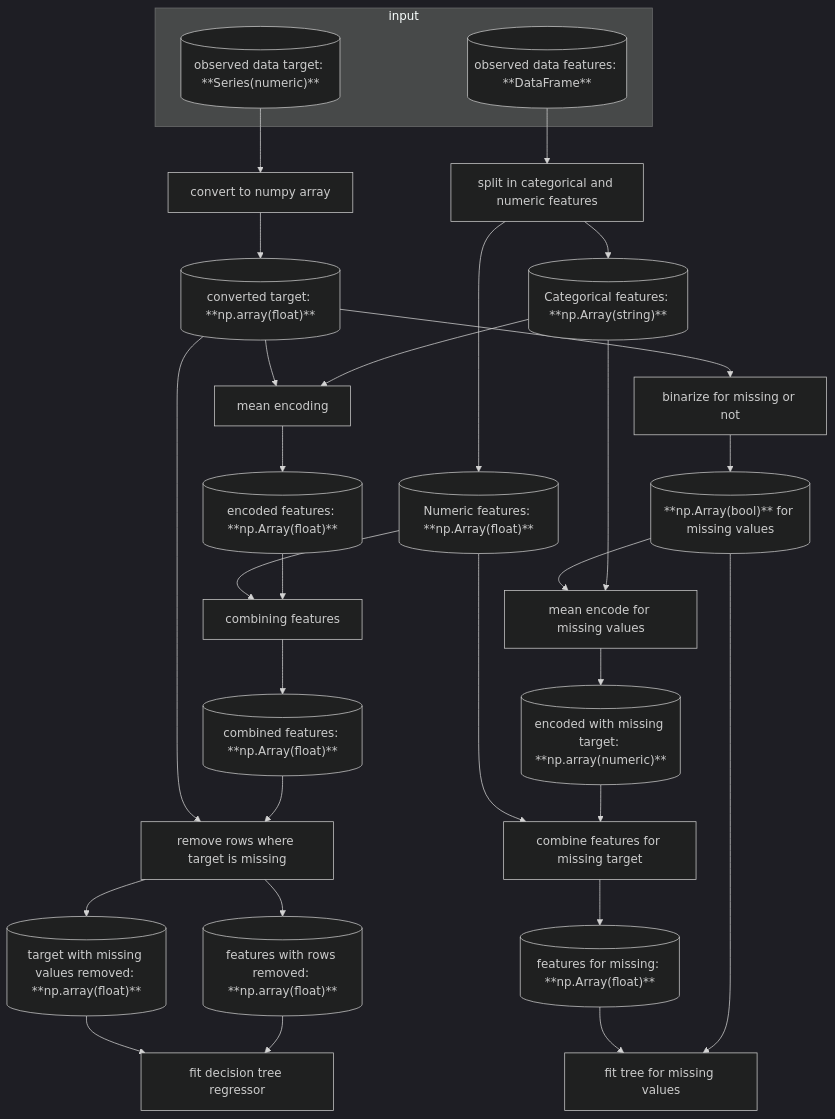
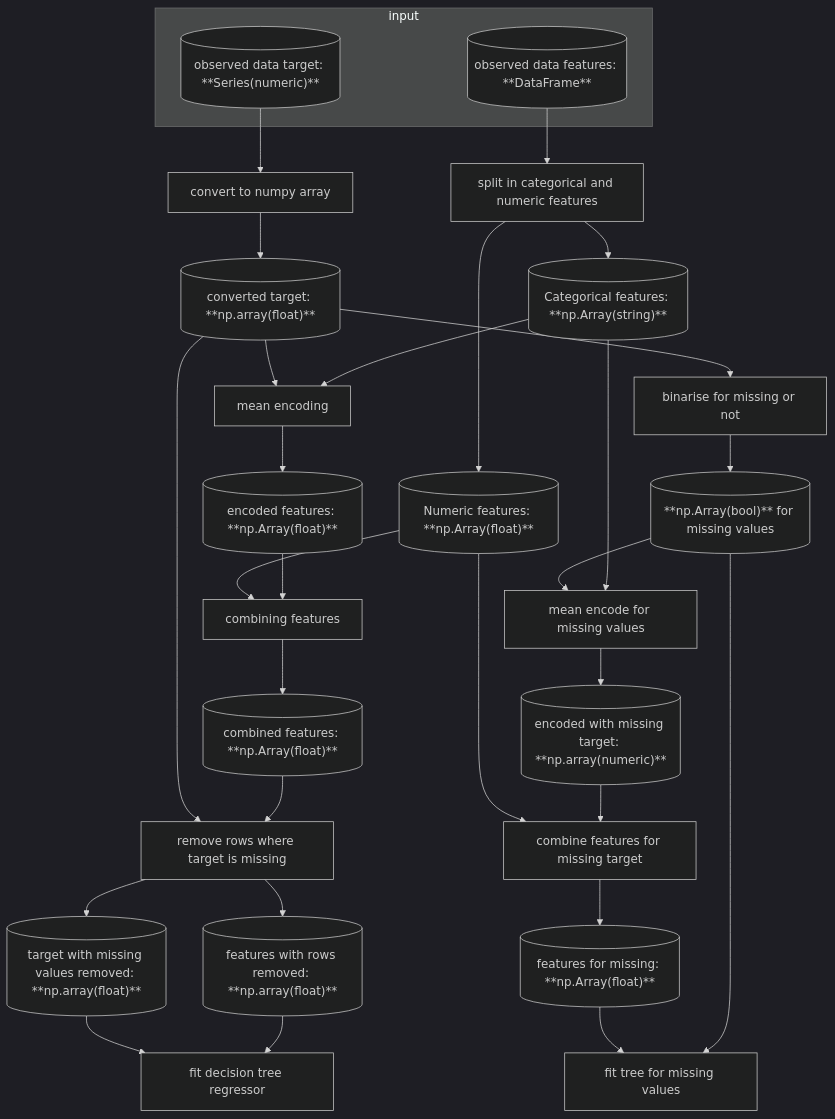
One commit to duonl/synthpop-py changed the second of 6 diagrams in docs/source/developer/dataflowdiagram.md. Above: the diagram before and after it, drawn with Mermaid (dark theme). The commit also changed 2 other files, not shown here.

````diff
--- a/docs/source/developer/dataflowdiagram.md
+++ b/docs/source/developer/dataflowdiagram.md
@@ -42,31 +42,31 @@
 ```{mermaid}
 flowchart TD
 
 subgraph input
 obs_features[("observed data features: **DataFrame**")]
 obs_target[("observed data target: **Series(numeric)**")]
 end
 obs_features-->homogenise["split in categorical and numeric features"]
 
 homogenise-->cat_f[("Categorical features: **np.Array(string)**")]
 homogenise-->num_f[("Numeric features: **np.Array(float)**")]
 
 cat_f-->mean_encoding["mean encoding"]
 obs_target-->to_np["convert to numpy array"] -->np_target[("converted target: **np.array(float)**")]
 np_target -->mean_encoding --> encoded_features[("encoded features: **np.Array(float)**")]-->combining_features["combining features"]
 num_f -->combining_features-->combined_features[("combined features: **np.Array(float)**")]
 
 combined_features-->remove_missing["remove rows where target is missing"]-->ft_no_nan[("features with rows removed: **np.array(float)**")]-->fit_tree_reg["fit decision tree regressor"]
 np_target-->remove_missing-->tg_no_nan[("target with missing values removed: **np.array(float)**")]-->fit_tree_reg
 
 
-np_target-->binarize["binarize for missing or not"]
+np_target-->binarise["binarise for missing or not"]
 
-binarize-->missing_target[("**np.Array(bool)** for missing values")]
+binarise-->missing_target[("**np.Array(bool)** for missing values")]
 cat_f-->mean_encoding_missing["mean encode for missing values"]-->encoded_for_missing[("encoded with missing target: **np.array(numeric)**")]-->combine_feat_missing["combine features for missing target"]
 num_f-->combine_feat_missing
 missing_target-->mean_encoding_missing
 combine_feat_missing-->ft_missing[("features for missing: **np.Array(float)**")]
 missing_target-->fit_missing["fit tree for missing values"]
 ft_missing-->fit_missing
 ```
````
